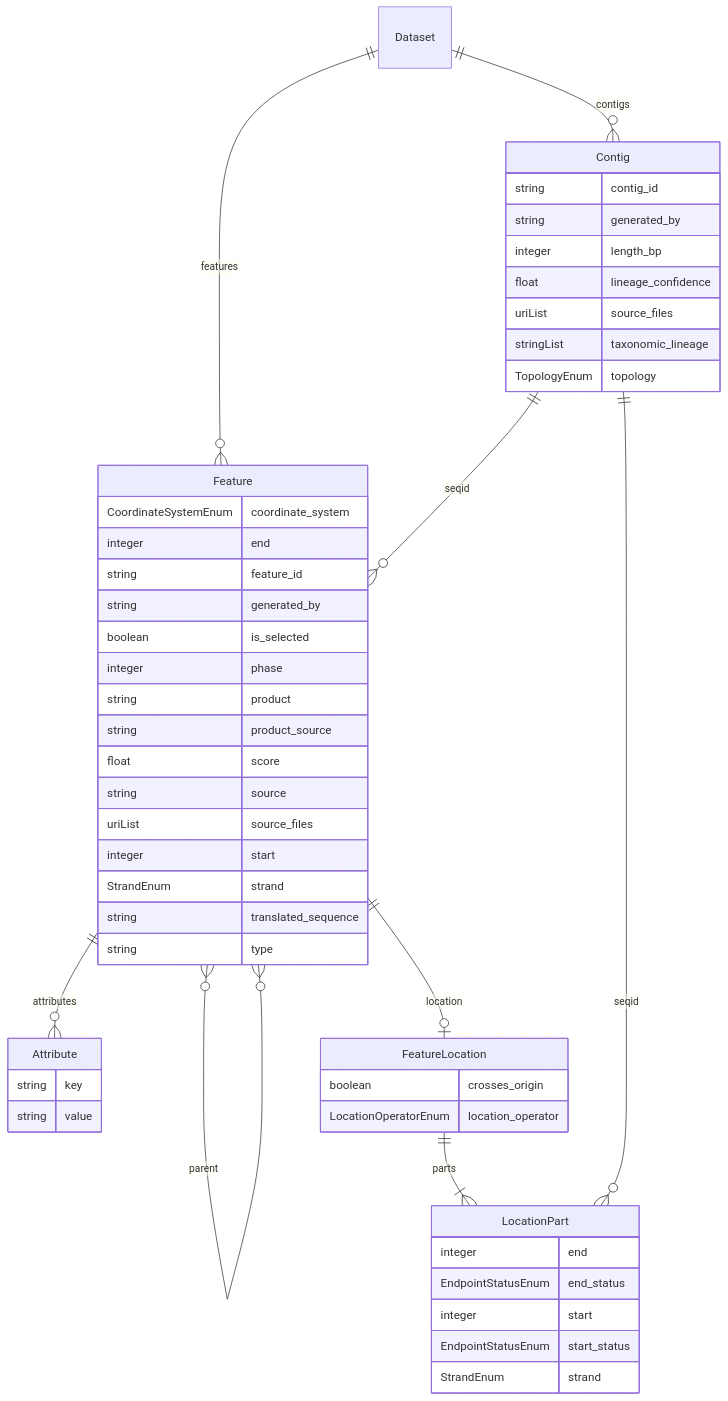
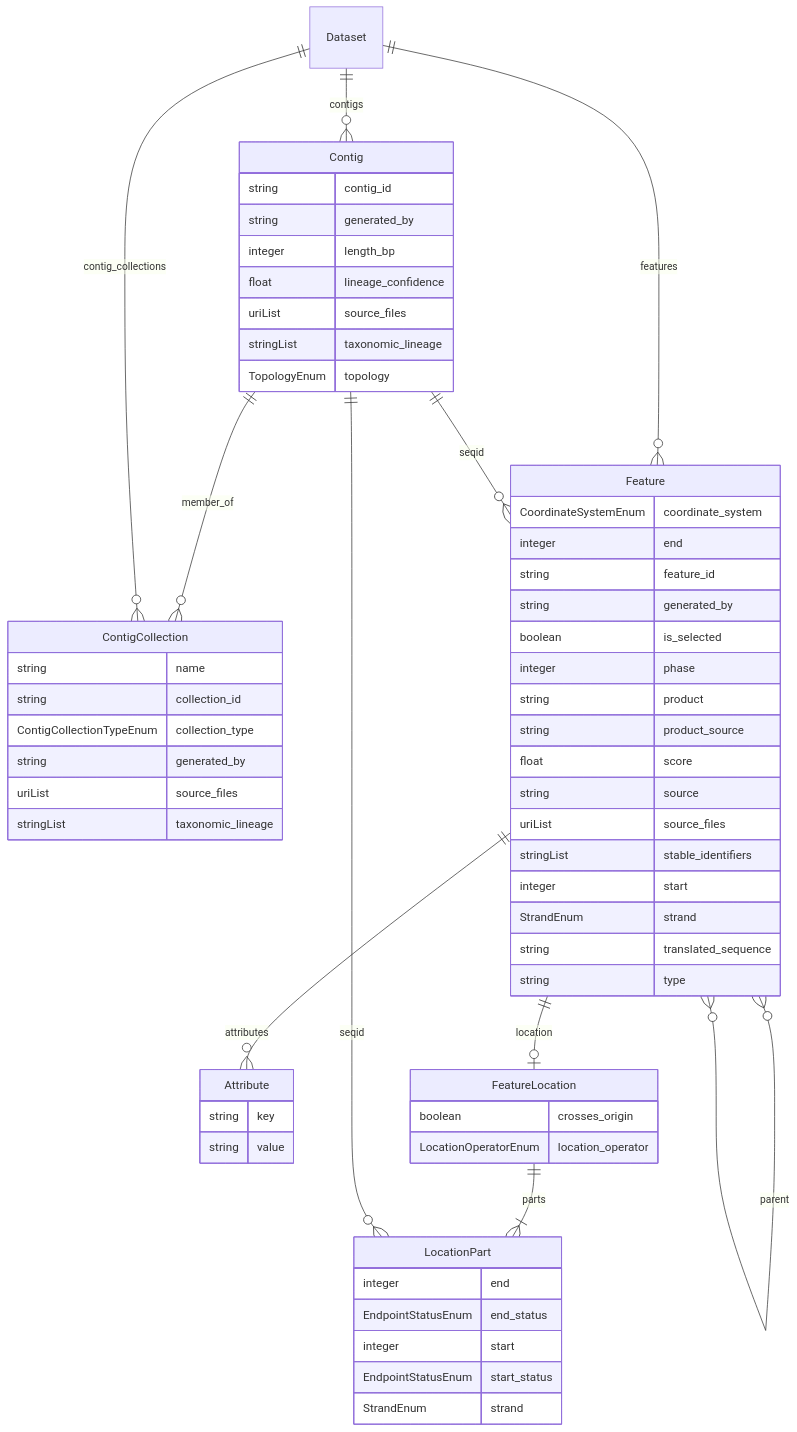
The diagram in docs/schema-diagram.md (turbomam/feature-table-corpus), drawn with Mermaid before and after one commit. The commit also changed 6 other files, not shown here.

First line of the commit message:
Add contig collections and stable feature identifiers to the model

````diff
--- a/docs/schema-diagram.md
+++ b/docs/schema-diagram.md
@@ -9,56 +9,67 @@
 ```mermaid
 erDiagram
 Attribute {
     string key
     string value
 }
 Contig {
     string contig_id
     string generated_by
     integer length_bp
     float lineage_confidence
     uriList source_files
     stringList taxonomic_lineage
     TopologyEnum topology
+}
+ContigCollection {
+    string name
+    string collection_id
+    ContigCollectionTypeEnum collection_type
+    string generated_by
+    uriList source_files
+    stringList taxonomic_lineage
 }
 Dataset {
 
 }
 Feature {
     CoordinateSystemEnum coordinate_system
     integer end
     string feature_id
     string generated_by
     boolean is_selected
     integer phase
     string product
     string product_source
     float score
     string source
     uriList source_files
+    stringList stable_identifiers
     integer start
     StrandEnum strand
     string translated_sequence
     string type
 }
 FeatureLocation {
     boolean crosses_origin
     LocationOperatorEnum location_operator
 }
 LocationPart {
     integer end
     EndpointStatusEnum end_status
     integer start
     EndpointStatusEnum start_status
     StrandEnum strand
 }
 
+Contig ||--o{ ContigCollection : "member_of"
 Dataset ||--o{ Contig : "contigs"
+Dataset ||--o{ ContigCollection : "contig_collections"
 Dataset ||--o{ Feature : "features"
 Feature ||--o| FeatureLocation : "location"
 Contig ||--o{ Feature : "seqid"
 Feature ||--o{ Attribute : "attributes"
 Feature }o--o{ Feature : "parent"
 FeatureLocation ||--|{ LocationPart : "parts"
 Contig ||--o{ LocationPart : "seqid"
 ```
````
